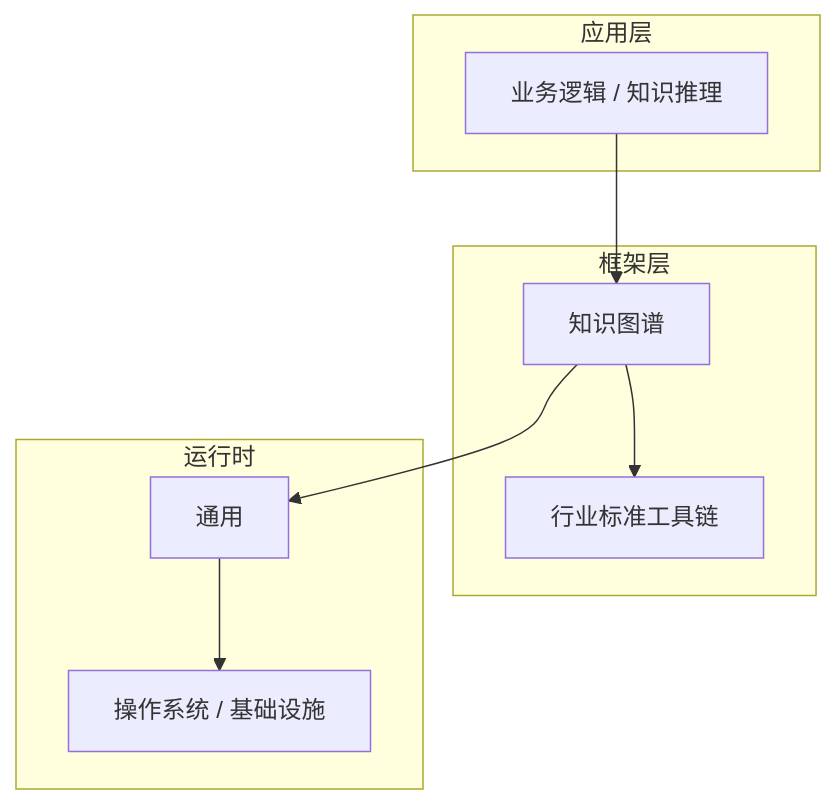
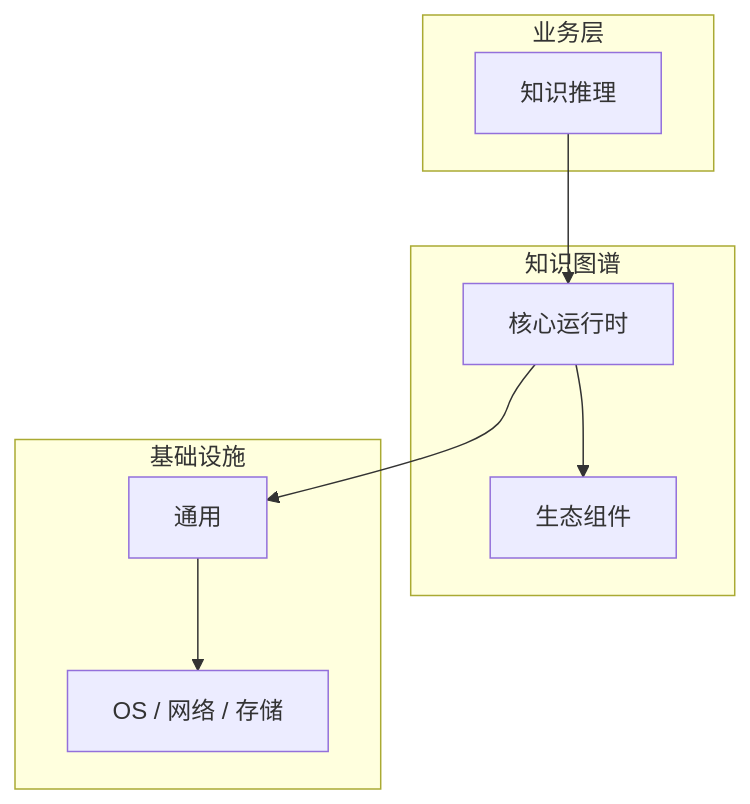
One commit to yanggan2015/knowledge-json-v2 changed the diagram in articles/知识图谱/chapters/036-知识推理核心概念与原理.md. Above: the diagram before and after it, drawn with Mermaid. The commit also changed other lines of this file and 10127 other files, not shown here.

````diff
--- a/articles/知识图谱/chapters/036-知识推理核心概念与原理.md
+++ b/articles/知识图谱/chapters/036-知识推理核心概念与原理.md
@@ -45,18 +30,18 @@
 ```mermaid
 graph TB
-    subgraph 应用层
-        A[业务逻辑 / 知识推理]
+    subgraph 业务层
+        A[知识推理]
     end
-    subgraph 框架层
-        B[知识图谱]
-        C[行业标准工具链]
+    subgraph 知识图谱
+        B[核心运行时]
+        C[生态组件]
     end
-    subgraph 运行时
+    subgraph 基础设施
         D[通用]
-        E[操作系统 / 基础设施]
+        E[OS / 网络 / 存储]
     end
     A --> B
     B --> C
     B --> D
     D --> E
 ```
````
